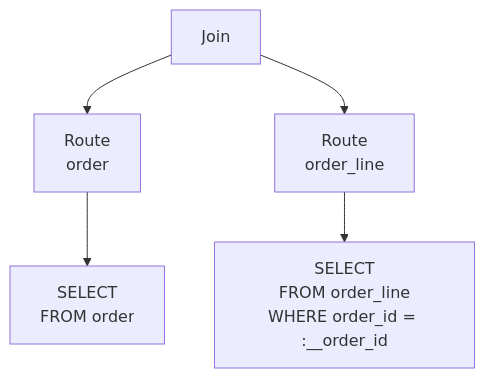
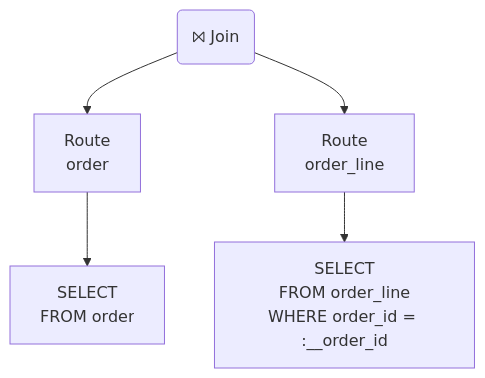
Before and after one commit to vitessio/website: the first of 7 diagrams in content/en/blog/2024-10-29-grouping-and-aggregations-on-vitess.md, drawn with Mermaid. The commit also changed other lines of this file, not shown here.

Commit message:
add remaining diagrams

````diff
--- a/content/en/blog/2024-10-29-grouping-and-aggregations-on-vitess.md
+++ b/content/en/blog/2024-10-29-grouping-and-aggregations-on-vitess.md
@@ -54,15 +54,15 @@
 ```mermaid
 graph TD
-    Join[Join]
+    Join("⨝ Join")
     RouteOrder[Route<br>order]
     RouteOrderLine[Route<br>order_line]
 
     QueryOrder[SELECT<br>FROM order]
     QueryOrderLine[SELECT<br>FROM order_line<br>WHERE order_id = :__order_id]
 
     Join --> RouteOrder
     Join --> RouteOrderLine
 
     RouteOrder --> QueryOrder
     RouteOrderLine --> QueryOrderLine
 ```
````
